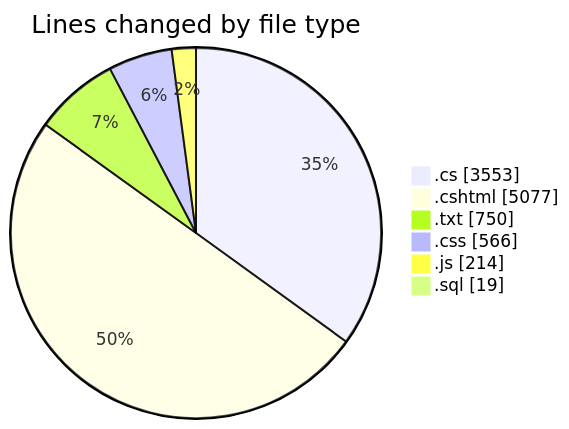
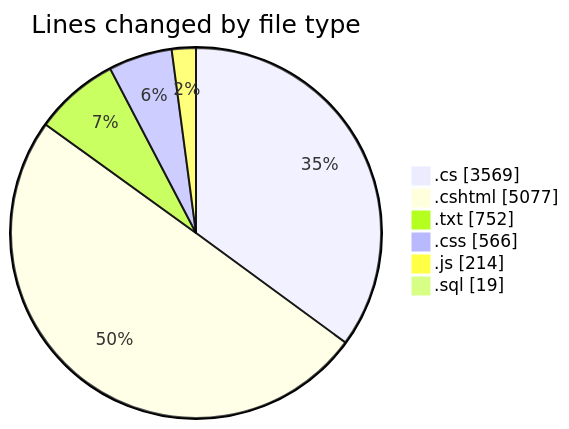
One commit to lephambinh05/code-tracking changed the first of 2 diagrams in 2025-07-28/quanlyrapchieuphim-1/README.md. Above: the diagram before and after it, drawn with Mermaid. The commit also changed other lines of this file and 1 other file, not shown here.

````diff
--- a/2025-07-28/quanlyrapchieuphim-1/README.md
+++ b/2025-07-28/quanlyrapchieuphim-1/README.md
@@ -43,10 +46,10 @@
 ```mermaid
 pie showData
 title Lines changed by file type
-".cs" : 3553
+".cs" : 3569
 ".cshtml" : 5077
-".txt" : 750
+".txt" : 752
 ".css" : 566
 ".js" : 214
 ".sql" : 19
 ```
````
